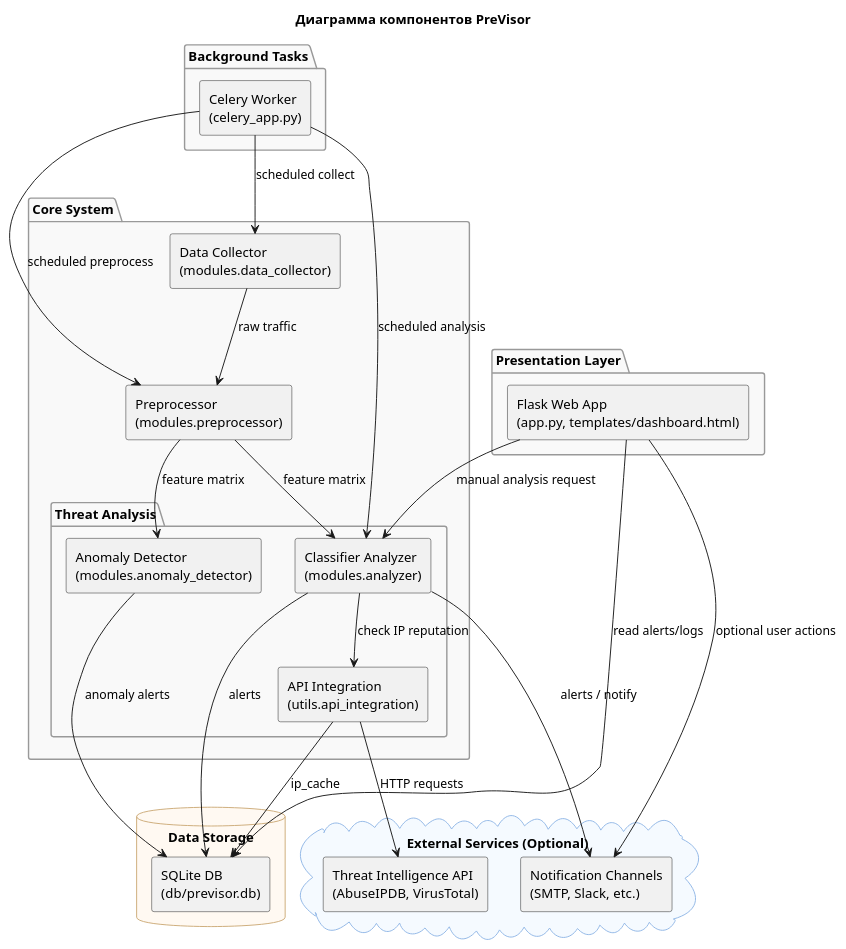
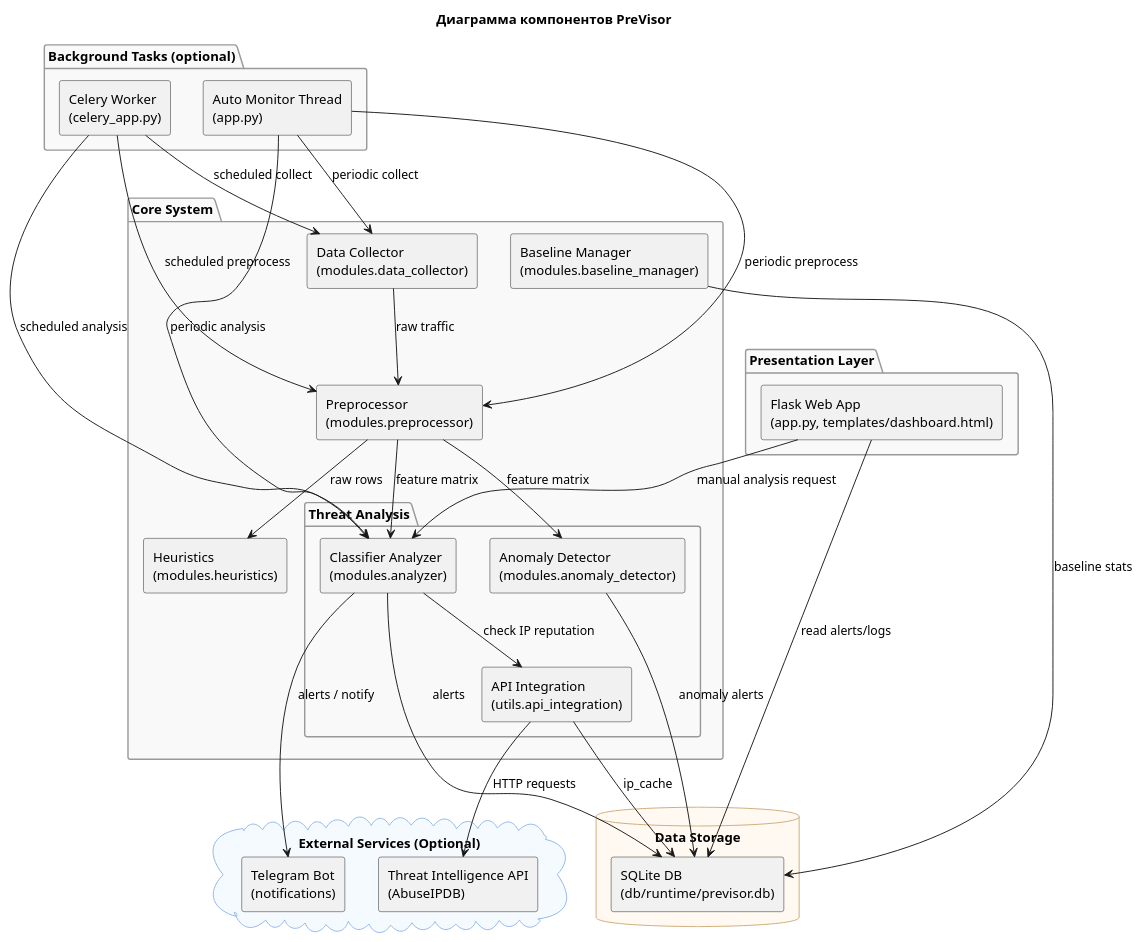
The diagram in static/previsor_component_diagram.puml (k00000tek/previsor), drawn with PlantUML before and after one commit. The commit also changed 31 other files, not shown here.

```diff
--- a/static/previsor_component_diagram.puml
+++ b/static/previsor_component_diagram.puml
@@ -1,74 +1,82 @@
 @startuml
 title Диаграмма компонентов PreVisor
 
 skinparam componentStyle rectangle
 skinparam rectangle {
   BackgroundColor White
   BorderColor #777
   FontColor Black
 }
 skinparam package {
   BackgroundColor #F9F9F9
   BorderColor #999
 }
 skinparam database {
   BackgroundColor #FFF9F2
   BorderColor #CCAA77
 }
 skinparam cloud {
   BackgroundColor #F5FAFF
   BorderColor #8FB6E6
 }
 
 package "Core System" {
   [Data Collector\n(modules.data_collector)]
   [Preprocessor\n(modules.preprocessor)]
+  [Heuristics\n(modules.heuristics)]
 
   package "Threat Analysis" {
     [Classifier Analyzer\n(modules.analyzer)]
     [Anomaly Detector\n(modules.anomaly_detector)]
     [API Integration\n(utils.api_integration)]
   }
+
+  [Baseline Manager\n(modules.baseline_manager)]
 }
 
 package "Presentation Layer" {
   [Flask Web App\n(app.py, templates/dashboard.html)]
 }
 
 database "Data Storage" {
-  [SQLite DB\n(db/previsor.db)]
+  [SQLite DB\n(db/runtime/previsor.db)]
 }
 
-package "Background Tasks" {
+package "Background Tasks (optional)" {
+  [Auto Monitor Thread\n(app.py)]
   [Celery Worker\n(celery_app.py)]
 }
 
 cloud "External Services (Optional)" {
-  [Threat Intelligence API\n(AbuseIPDB, VirusTotal)]
-  [Notification Channels\n(SMTP, Slack, etc.)]
+  [Threat Intelligence API\n(AbuseIPDB)]
+  [Telegram Bot\n(notifications)]
 }
 
 ' === Связи ===
 [Data Collector\n(modules.data_collector)] --> [Preprocessor\n(modules.preprocessor)] : raw traffic
 [Preprocessor\n(modules.preprocessor)] --> [Classifier Analyzer\n(modules.analyzer)] : feature matrix
 [Preprocessor\n(modules.preprocessor)] --> [Anomaly Detector\n(modules.anomaly_detector)] : feature matrix
+[Preprocessor\n(modules.preprocessor)] --> [Heuristics\n(modules.heuristics)] : raw rows
 
-[Classifier Analyzer\n(modules.analyzer)] --> [SQLite DB\n(db/previsor.db)] : alerts
-[Anomaly Detector\n(modules.anomaly_detector)] --> [SQLite DB\n(db/previsor.db)] : anomaly alerts
-[API Integration\n(utils.api_integration)] --> [SQLite DB\n(db/previsor.db)] : ip_cache
+[Classifier Analyzer\n(modules.analyzer)] --> [SQLite DB\n(db/runtime/previsor.db)] : alerts
+[Anomaly Detector\n(modules.anomaly_detector)] --> [SQLite DB\n(db/runtime/previsor.db)] : anomaly alerts
+[API Integration\n(utils.api_integration)] --> [SQLite DB\n(db/runtime/previsor.db)] : ip_cache
+[Baseline Manager\n(modules.baseline_manager)] --> [SQLite DB\n(db/runtime/previsor.db)] : baseline stats
 
-[Flask Web App\n(app.py, templates/dashboard.html)] --> [SQLite DB\n(db/previsor.db)] : read alerts/logs
+[Flask Web App\n(app.py, templates/dashboard.html)] --> [SQLite DB\n(db/runtime/previsor.db)] : read alerts/logs
 [Flask Web App\n(app.py, templates/dashboard.html)] --> [Classifier Analyzer\n(modules.analyzer)] : manual analysis request
 
 [Classifier Analyzer\n(modules.analyzer)] --> [API Integration\n(utils.api_integration)] : check IP reputation
-[API Integration\n(utils.api_integration)] --> [Threat Intelligence API\n(AbuseIPDB, VirusTotal)] : HTTP requests
+[API Integration\n(utils.api_integration)] --> [Threat Intelligence API\n(AbuseIPDB)] : HTTP requests
+
+[Classifier Analyzer\n(modules.analyzer)] --> [Telegram Bot\n(notifications)] : alerts / notify
+
+[Auto Monitor Thread\n(app.py)] --> [Data Collector\n(modules.data_collector)] : periodic collect
+[Auto Monitor Thread\n(app.py)] --> [Preprocessor\n(modules.preprocessor)] : periodic preprocess
+[Auto Monitor Thread\n(app.py)] --> [Classifier Analyzer\n(modules.analyzer)] : periodic analysis
 
 [Celery Worker\n(celery_app.py)] --> [Data Collector\n(modules.data_collector)] : scheduled collect
 [Celery Worker\n(celery_app.py)] --> [Preprocessor\n(modules.preprocessor)] : scheduled preprocess
 [Celery Worker\n(celery_app.py)] --> [Classifier Analyzer\n(modules.analyzer)] : scheduled analysis
 
-[Classifier Analyzer\n(modules.analyzer)] --> [Notification Channels\n(SMTP, Slack, etc.)] : alerts / notify
-
-[Flask Web App\n(app.py, templates/dashboard.html)] --> [Notification Channels\n(SMTP, Slack, etc.)] : optional user actions
-
 @enduml
```
